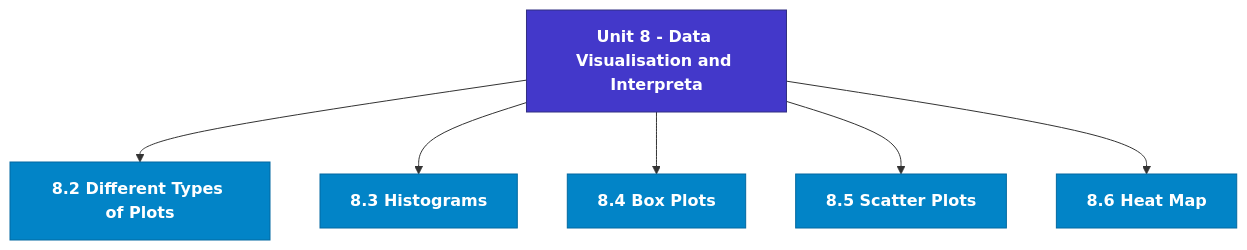
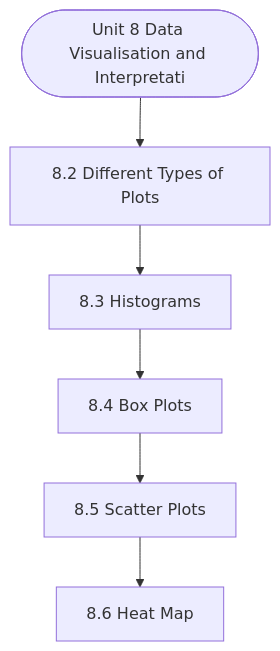
Before and after one commit to Asutosh-Coaching/mscdsa: the diagram in notes/Semester_1/MCS-062_Introduction_to_Data_Science/unit_08_Data_Visualisation_and_Interpretation.md, drawn with Mermaid. The commit also changed other lines of this file and 115 other files, not shown here.

Commit message:
Fix Mermaid layout for mobile, isolate LaTeX delimiters, and add GitHub Pages reader

````diff
--- a/notes/Semester_1/MCS-062_Introduction_to_Data_Science/unit_08_Data_Visualisation_and_Interpretation.md
+++ b/notes/Semester_1/MCS-062_Introduction_to_Data_Science/unit_08_Data_Visualisation_and_Interpretation.md
@@ -19,19 +19,14 @@
 ```mermaid
 flowchart TD
-  %% Styling Definitions
-  classDef head fill:#4338ca,stroke:#312e81,color:#ffffff,font-weight:bold;
-  classDef topic fill:#0284c7,stroke:#0369a1,color:#ffffff,font-weight:600;
-  classDef sub fill:#1e293b,stroke:#475569,color:#f8fafc;
-
-  Root["Unit 8 - Data Visualisation and Interpreta"]:::head
-  M1["8.2 Different Types of Plots"]:::topic
-  Root --> M1
-  M2["8.3 Histograms"]:::topic
-  Root --> M2
-  M3["8.4 Box Plots"]:::topic
-  Root --> M3
-  M4["8.5 Scatter Plots"]:::topic
-  Root --> M4
-  M5["8.6 Heat Map"]:::topic
-  Root --> M5
+  Start(["Unit 8 Data Visualisation and Interpretati"])
+  N1["8.2 Different Types of Plots"]
+  N2["8.3 Histograms"]
+  N3["8.4 Box Plots"]
+  N4["8.5 Scatter Plots"]
+  N5["8.6 Heat Map"]
+  Start --> N1
+  N1 --> N2
+  N2 --> N3
+  N3 --> N4
+  N4 --> N5
 ```
````
